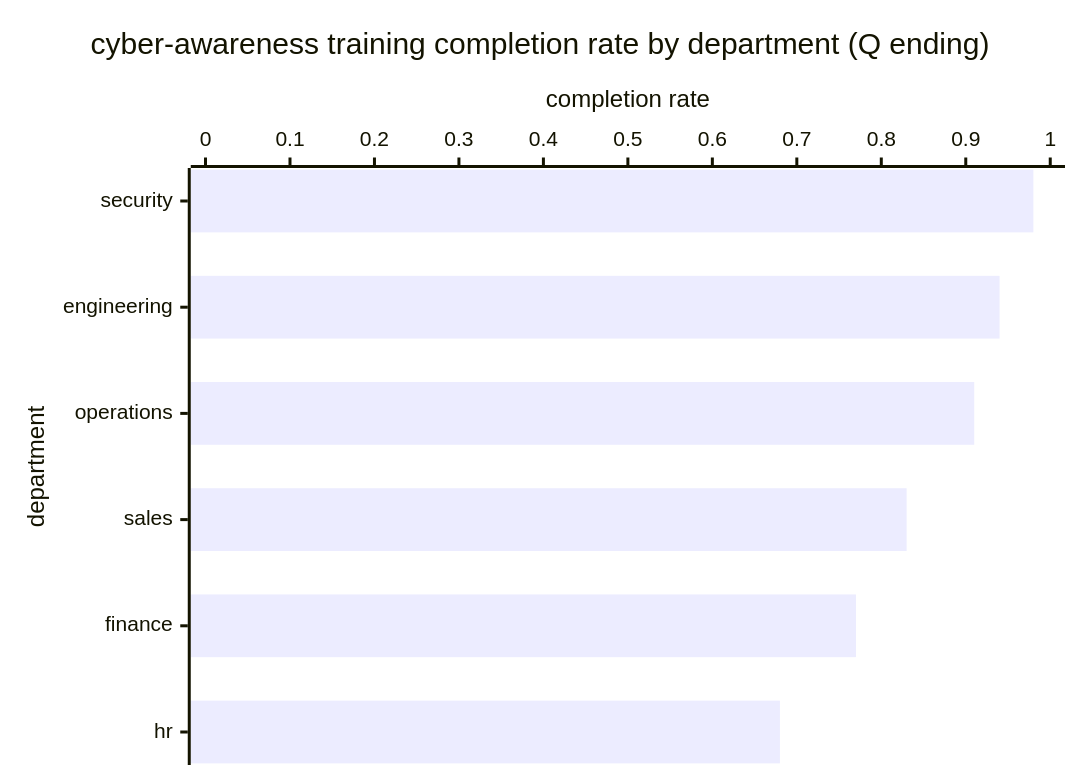
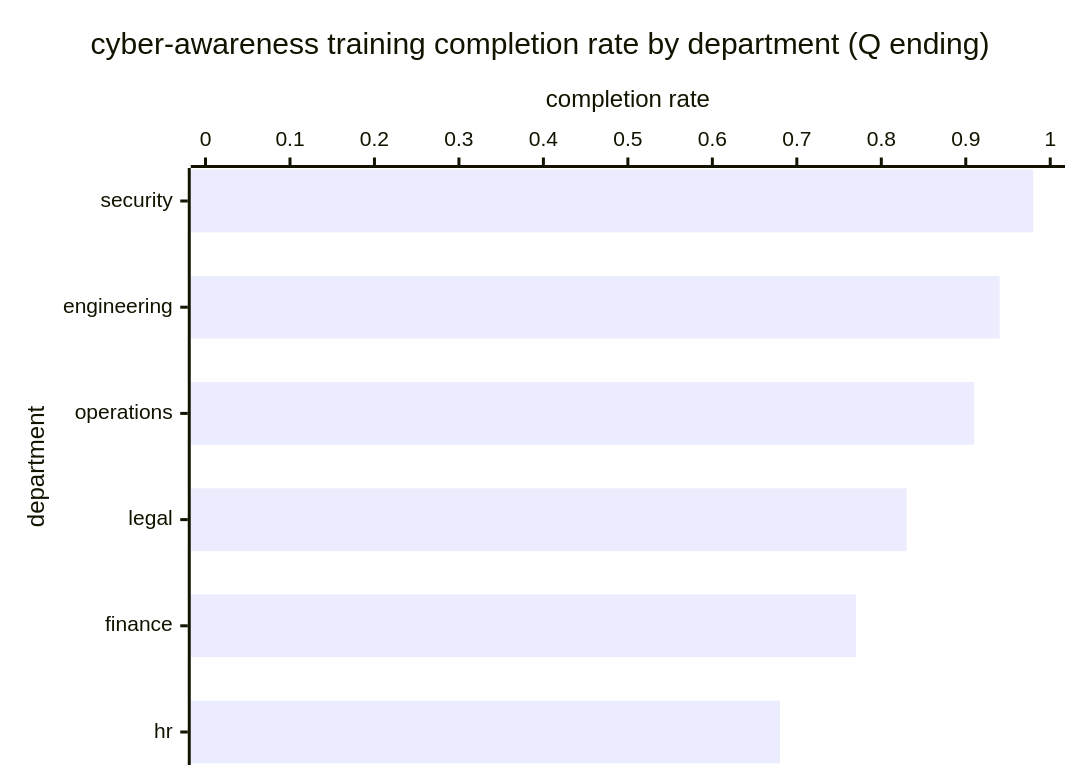
Before and after one commit to secops-ng/secops-ng-framework: the diagram in content/metrics/nis2_cyber_awareness_training_completion_rate.viz.md, drawn with Mermaid. The commit also changed other lines of this file, not shown here.

Commit message:
content(metrics): swap illustrative department label in NIS2 awareness KPI viz
Rename 'sales' -> 'legal' in the mermaid xychart x-axis and reading
table of nis2_cyber_awareness_training_completion_rate.viz.md to
clear two MEDIUM commercial.sales_language hygiene-linter hits. The
100/83/0.83 counts are unchanged; aggregate arithmetic (|R|=480,
|D|=42, 0.913) is unaffected.

Hygiene linter: no findings. Tests: 5280 passed / 3 skipped.

````diff
--- a/content/metrics/nis2_cyber_awareness_training_completion_rate.viz.md
+++ b/content/metrics/nis2_cyber_awareness_training_completion_rate.viz.md
@@ -47,14 +47,14 @@
 ```mermaid
 ---
 config:
     xyChart:
         showTitle: true
         chartOrientation: horizontal
 title: "kpi.nis2_cyber_awareness_training_completion_rate@v1 — completion rate by department"
 ---
 xychart-beta horizontal
     title "cyber-awareness training completion rate by department (Q ending)"
-    x-axis "department" ["security", "engineering", "operations", "sales", "finance", "hr"]
+    x-axis "department" ["security", "engineering", "operations", "legal", "finance", "hr"]
     y-axis "completion rate" 0 --> 1
     bar [0.98, 0.94, 0.91, 0.83, 0.77, 0.68]
 ```
````
